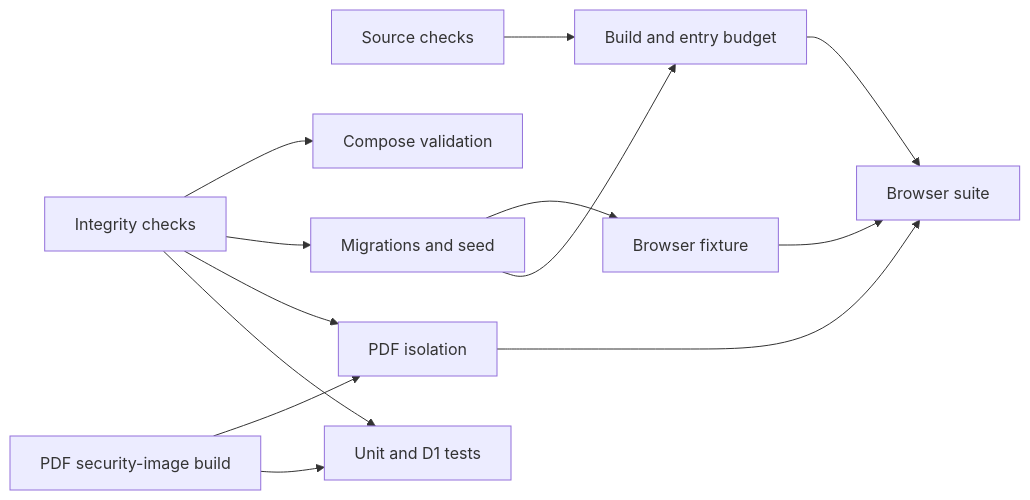
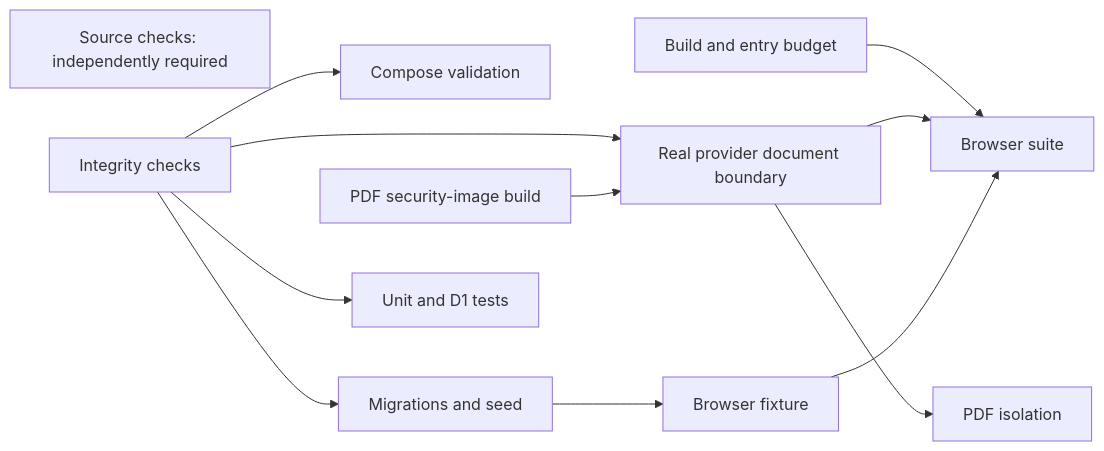
One commit to cyyapye/keel-fi changed the diagram in docs/engineering/ci-performance.md. Above: the diagram before and after it, drawn with Mermaid. The commit also changed other lines of this file and 48 other files, not shown here.

First line of the commit message:
Move policy tests below browser boundaries and reduce CI contention (#324)

````diff
--- a/docs/engineering/ci-performance.md
+++ b/docs/engineering/ci-performance.md
@@ -95,15 +96,15 @@
 ```mermaid
 flowchart LR
-  source[Source checks] --> build[Build and entry budget]
+  source[Source checks: independently required]
+  build[Build and entry budget]
   integrity[Integrity checks] --> compose[Compose validation]
   integrity --> migrations[Migrations and seed]
-  integrity --> pdf[PDF isolation]
-  pdfBuild[PDF security-image build] --> pdf
-  pdfBuild --> unit[Unit and D1 tests]
-  integrity --> unit
+  integrity --> provider[Real provider document boundary]
+  pdfBuild[PDF security-image build] --> provider
+  provider --> pdf[PDF isolation]
+  integrity --> unit[Unit and D1 tests]
   migrations --> browserFixture[Browser fixture]
-  migrations --> build
   build --> browser[Browser suite]
-  pdf --> browser
+  provider --> browser
   browserFixture --> browser
 ```
````
